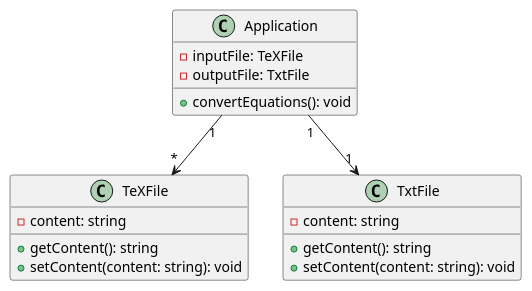
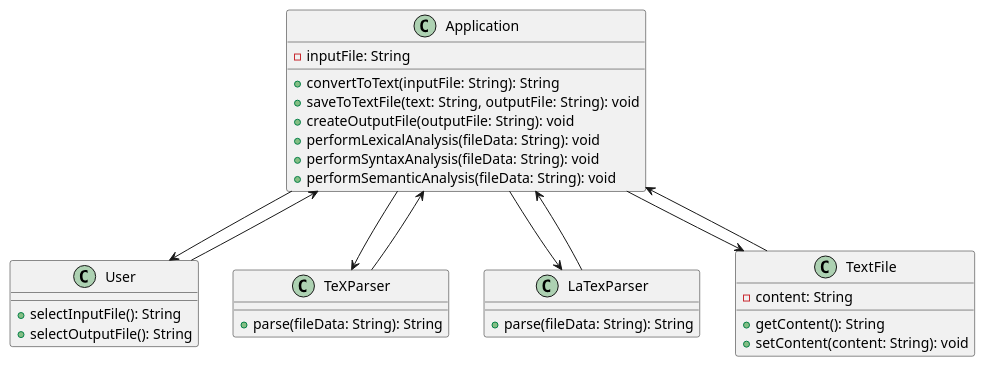
The diagram in Plant/Диаграмма_классов.md (Aleksei-web-bit/Aleksei_Fitisov_methodology), drawn with PlantUML before and after one commit.

Commit message:
Диаграмма классов 25.12.2023

```diff
--- a/Plant/Диаграмма_классов.md
+++ b/Plant/Диаграмма_классов.md
@@ -1,24 +1,34 @@
 @startuml
-
 class Application {
-  - inputFile: TeXFile
-  - outputFile: TxtFile
-  + convertEquations(): void
+-inputFile: String
++convertToText(inputFile: String): String
++saveToTextFile(text: String, outputFile: String): void
++createOutputFile(outputFile: String): void
++performLexicalAnalysis(fileData: String): void
++performSyntaxAnalysis(fileData: String): void
++performSemanticAnalysis(fileData: String): void
 }
-
-class TeXFile {
-  - content: string
-  + getContent(): string
-  + setContent(content: string): void
+class User {
++selectInputFile(): String
++selectOutputFile(): String
 }
-
-class TxtFile {
-  - content: string
-  + getContent(): string
-  + setContent(content: string): void
+class TeXParser {
++parse(fileData: String): String
 }
-
-Application "1" --> "*" TeXFile
-Application "1" --> "1" TxtFile
-
+class LaTexParser {
++parse(fileData: String): String
+}
+class TextFile {
+-content: String
++getContent(): String
++setContent(content: String): void
+}
+Application --> User
+Application --> TeXParser
+Application --> LaTexParser
+Application --> TextFile
+User --> Application
+TeXParser --> Application
+LaTexParser --> Application
+TextFile --> Application
 @enduml
```
